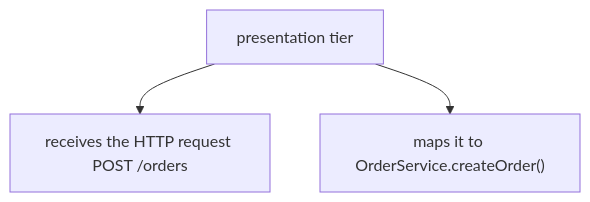
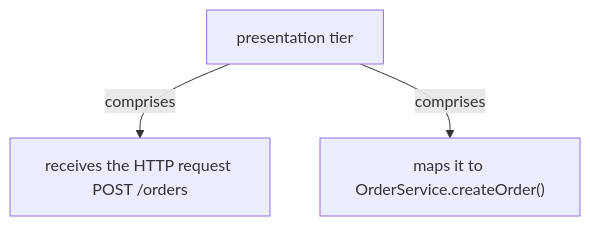
The fourth of 13 diagrams in docs/ch20-transaction-script.md (vinayakuber/microservices-io-study-guide), drawn with Mermaid before and after one commit. The commit also changed other lines of this file and 71 other files, not shown here.

First line of the commit message:
R18: label every diagram arrow with its meaning

````diff
--- a/docs/ch20-transaction-script.md
+++ b/docs/ch20-transaction-script.md
@@ -158,6 +158,6 @@
 ```mermaid
 flowchart TD
   R["presentation tier"]
-  R --> P0["receives the HTTP request POST /orders"]
-  R --> P1["maps it to OrderService.createOrder()"]
+  R -->|"comprises"| P0["receives the HTTP request POST /orders"]
+  R -->|"comprises"| P1["maps it to OrderService.createOrder()"]
 ```
````
